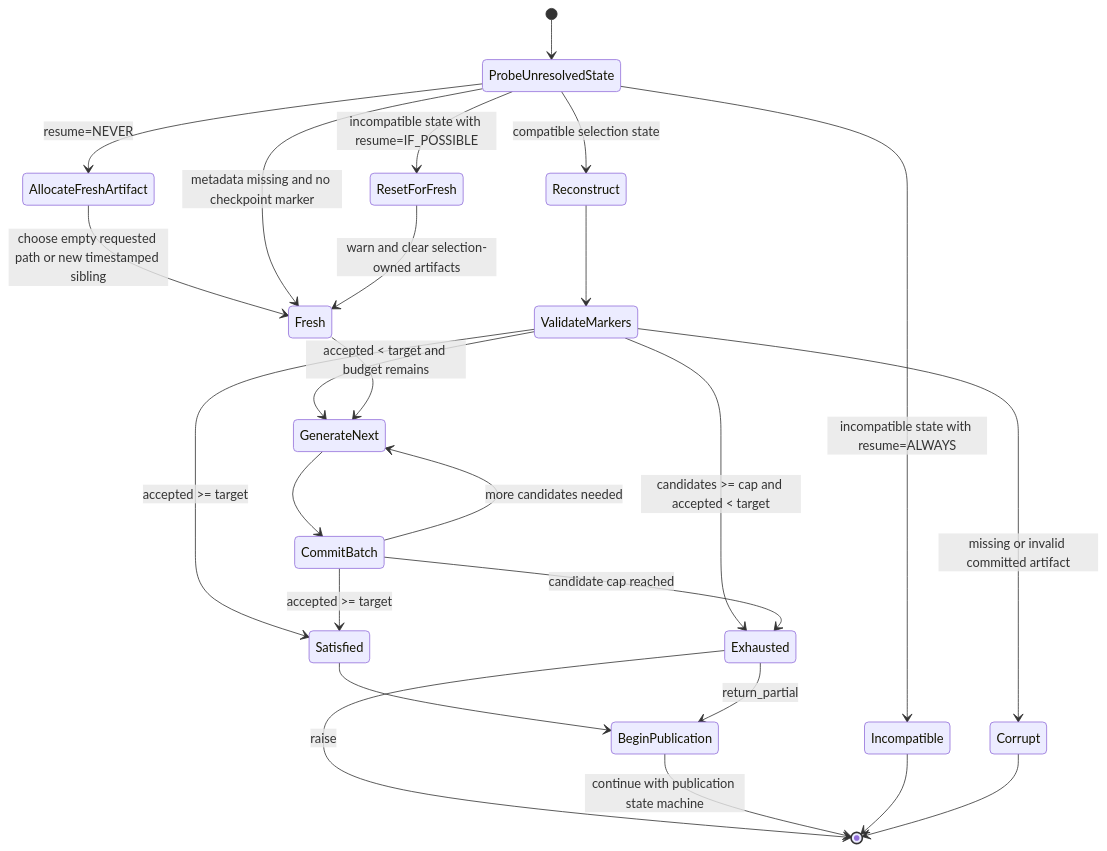
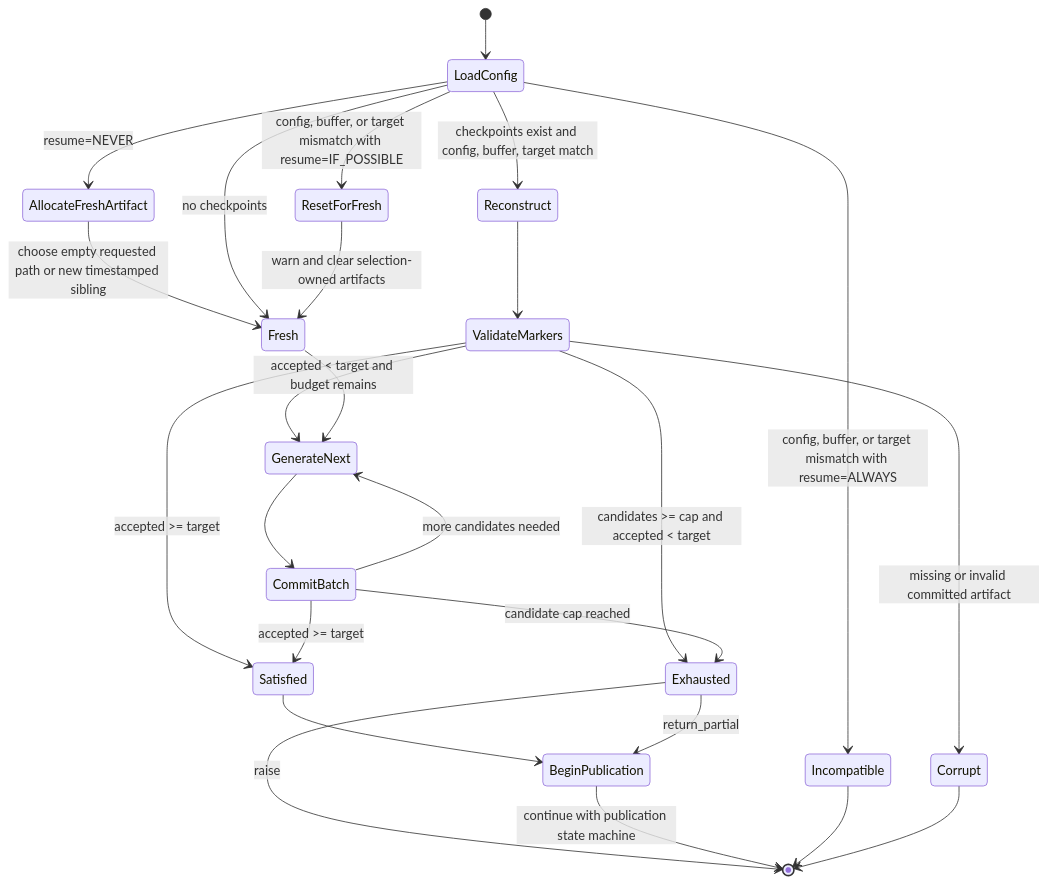
Before and after one commit to NVIDIA-NeMo/DataDesigner: the seventh of 7 diagrams in plans/790/engine-native-record-selection.md, drawn with Mermaid. The commit also changed other lines of this file and 14 other files, not shown here.

````diff
--- a/plans/790/engine-native-record-selection.md
+++ b/plans/790/engine-native-record-selection.md
@@ -976,30 +777,30 @@
 ```mermaid
 stateDiagram-v2
-    [*] --> ProbeUnresolvedState
-    ProbeUnresolvedState --> AllocateFreshArtifact: resume=NEVER
+    [*] --> LoadConfig
+    LoadConfig --> AllocateFreshArtifact: resume=NEVER
     AllocateFreshArtifact --> Fresh: choose empty requested path or new timestamped sibling
-    ProbeUnresolvedState --> Fresh: metadata missing and no checkpoint marker
-    ProbeUnresolvedState --> Reconstruct: compatible selection state
-    ProbeUnresolvedState --> Incompatible: incompatible state with resume=ALWAYS
-    ProbeUnresolvedState --> ResetForFresh: incompatible state with resume=IF_POSSIBLE
+    LoadConfig --> Fresh: no checkpoints
+    LoadConfig --> Reconstruct: checkpoints exist and config, buffer, target match
+    LoadConfig --> Incompatible: config, buffer, or target mismatch with resume=ALWAYS
+    LoadConfig --> ResetForFresh: config, buffer, or target mismatch with resume=IF_POSSIBLE
     ResetForFresh --> Fresh: warn and clear selection-owned artifacts
 
     Reconstruct --> ValidateMarkers
     ValidateMarkers --> Corrupt: missing or invalid committed artifact
     ValidateMarkers --> Satisfied: accepted >= target
     ValidateMarkers --> Exhausted: candidates >= cap and accepted < target
     ValidateMarkers --> GenerateNext: accepted < target and budget remains
 
     Fresh --> GenerateNext
     GenerateNext --> CommitBatch
     CommitBatch --> Satisfied: accepted >= target
     CommitBatch --> Exhausted: candidate cap reached
     CommitBatch --> GenerateNext: more candidates needed
 
     Satisfied --> BeginPublication
     Exhausted --> BeginPublication: return_partial
     Exhausted --> [*]: raise
     BeginPublication --> [*]: continue with publication state machine
     Incompatible --> [*]
     Corrupt --> [*]
 ```
````
